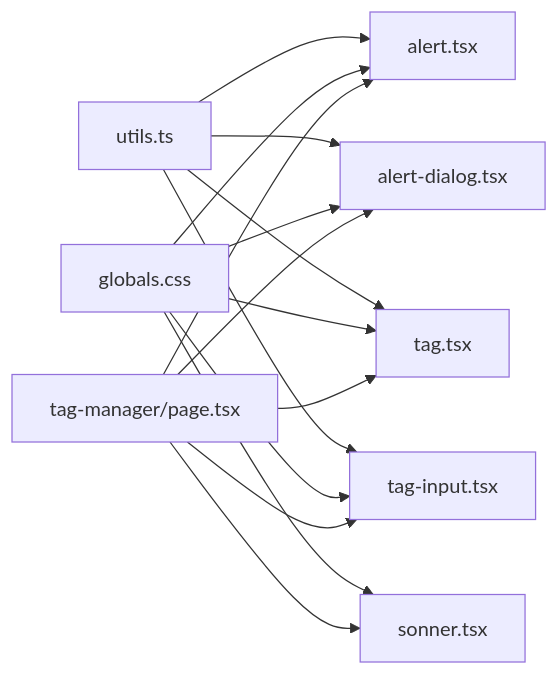
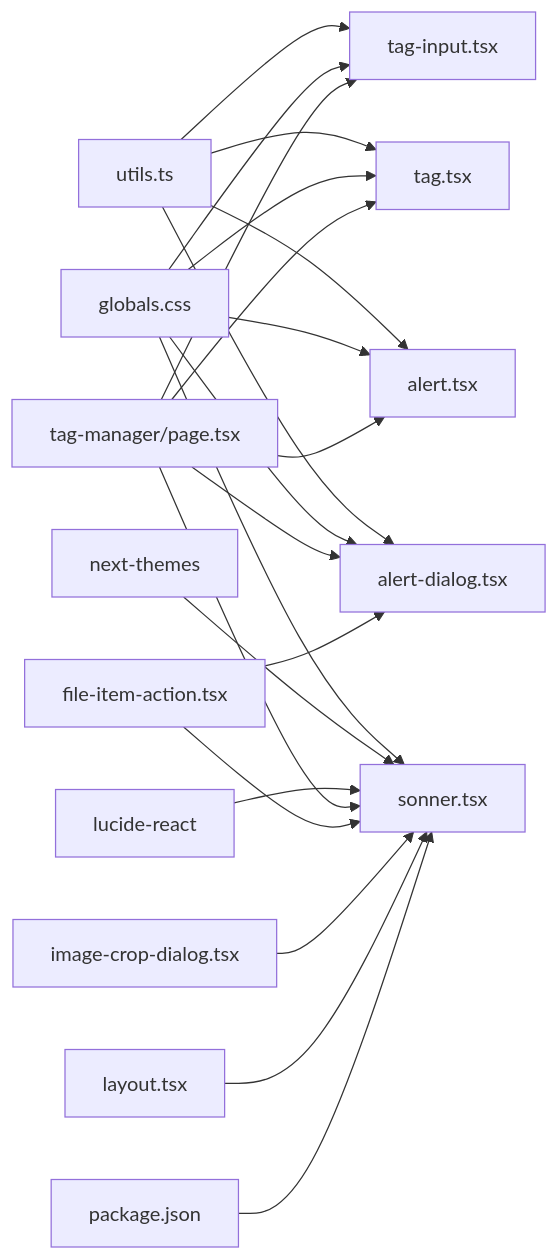
Before and after one commit to RadiumAg/image-saas: the eighth of 8 diagrams in .qoder/repowiki/zh/content/前端组件架构/UI 组件库/反馈组件.md, drawn with Mermaid. The commit also changed other lines of this file and 4 other files, not shown here.

````diff
--- a/.qoder/repowiki/zh/content/前端组件架构/UI 组件库/反馈组件.md
+++ b/.qoder/repowiki/zh/content/前端组件架构/UI 组件库/反馈组件.md
@@ -358,17 +432,24 @@
 ```mermaid
 graph LR
 Utils["utils.ts"] --> Alert["alert.tsx"]
 Utils --> AD["alert-dialog.tsx"]
 Utils --> TagC["tag.tsx"]
 Utils --> TagI["tag-input.tsx"]
 Theme["globals.css"] --> Sonner["sonner.tsx"]
 Theme --> Alert
 Theme --> AD
 Theme --> TagC
 Theme --> TagI
+NextThemes["next-themes"] --> Sonner
+Lucide["lucide-react"] --> Sonner
 Page["tag-manager/page.tsx"] --> Alert
 Page --> AD
 Page --> Sonner
 Page --> TagC
 Page --> TagI
+FileAction["file-item-action.tsx"] --> AD
+FileAction --> Sonner
+CropDlg["image-crop-dialog.tsx"] --> Sonner
+Layout["layout.tsx"] --> Sonner
+Package["package.json"] --> Sonner
 ```
````
